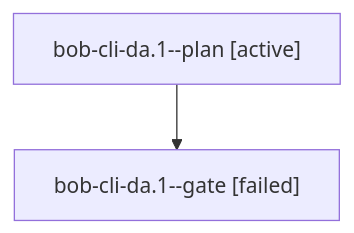
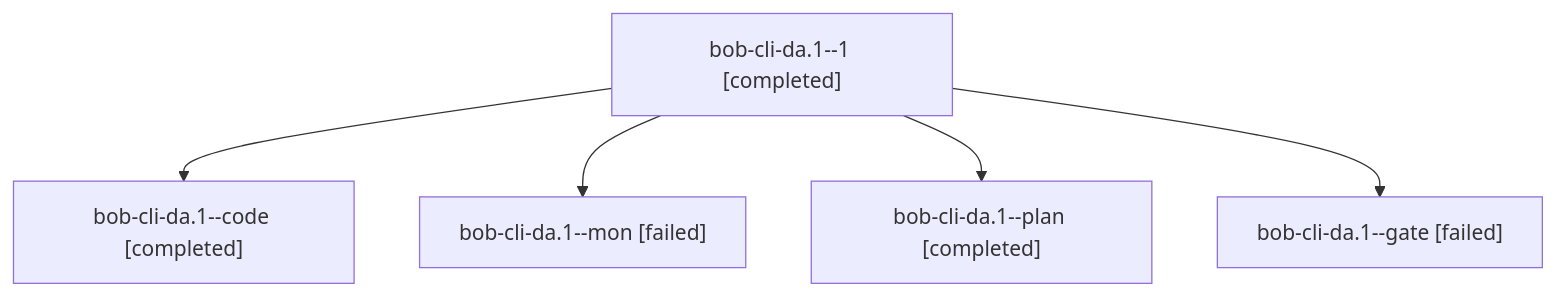
One commit to bobs-org/bob-cli--agents changed the diagram in sessions/bbugyi200.athena.bob-cli-da.1.md. Above: the diagram before and after it, drawn with Mermaid. The commit also changed other lines of this file and 102 other files, not shown here.

````diff
--- a/sessions/bbugyi200.athena.bob-cli-da.1.md
+++ b/sessions/bbugyi200.athena.bob-cli-da.1.md
@@ -9,6 +9,12 @@
 ```mermaid
 flowchart TD
-  n0["bob-cli-da.1--plan [active]"]
-  n1["bob-cli-da.1--gate [failed]"]
+  n0["bob-cli-da.1--1 [completed]"]
+  n1["bob-cli-da.1--code [completed]"]
   n0 --> n1
+  n2["bob-cli-da.1--mon [failed]"]
+  n0 --> n2
+  n3["bob-cli-da.1--plan [completed]"]
+  n0 --> n3
+  n4["bob-cli-da.1--gate [failed]"]
+  n0 --> n4
 ```
````
